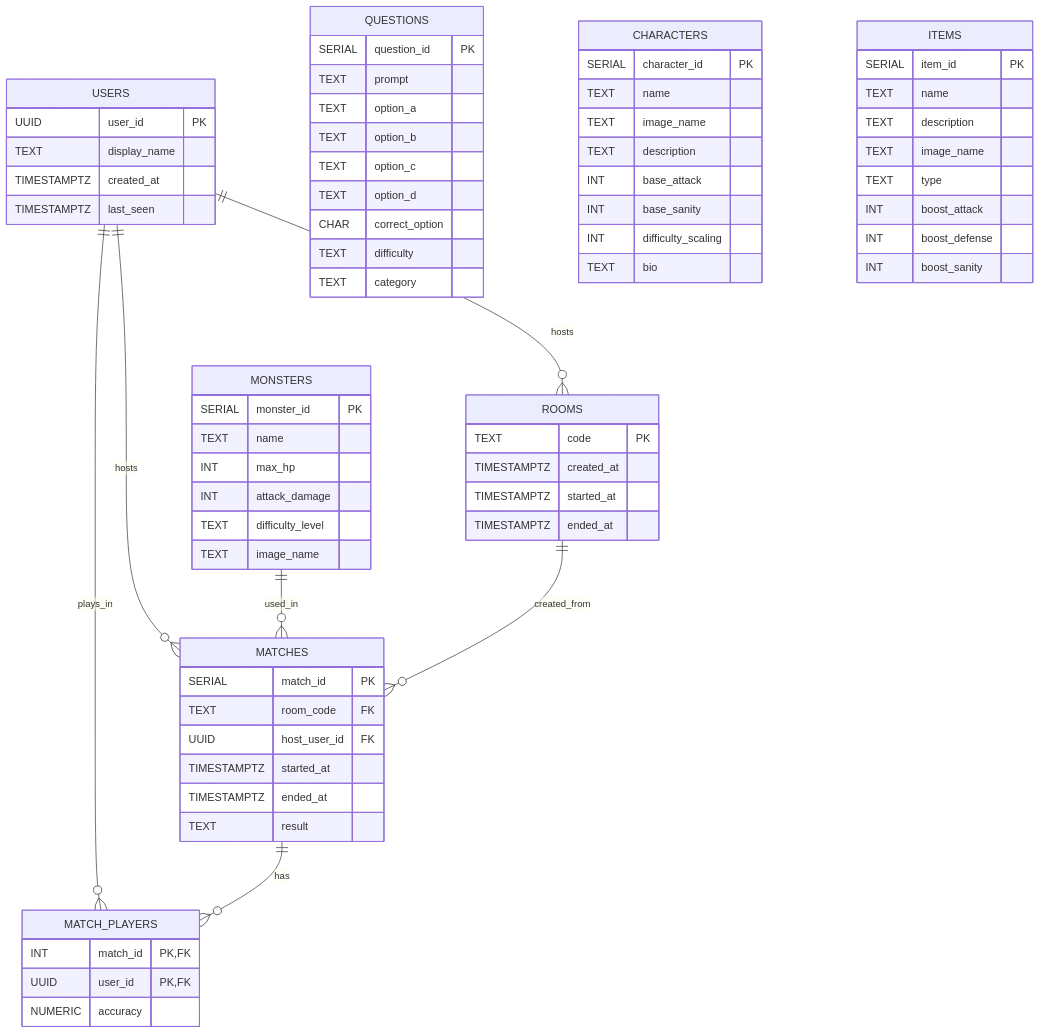
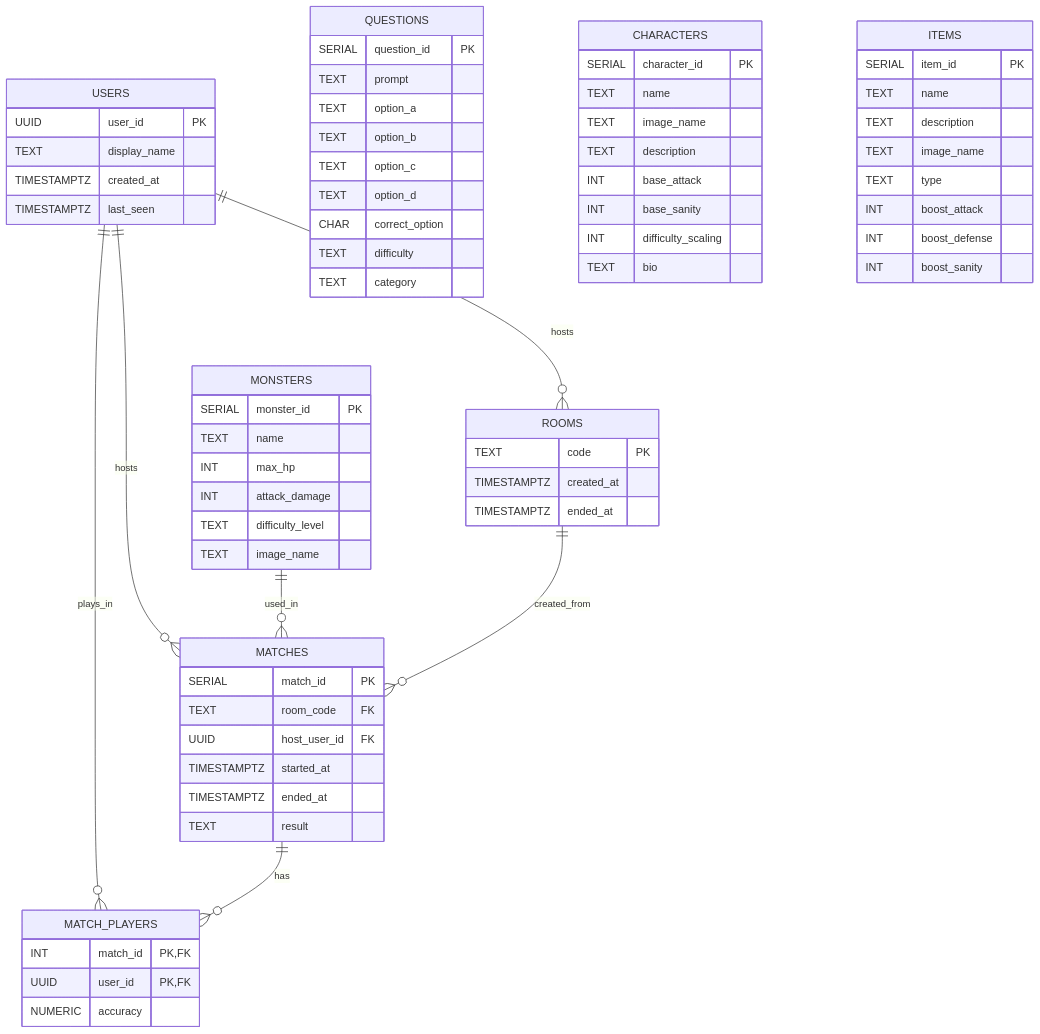
The diagram in docs/planning/backend-draft.md (vertigo1919/eldritch-backend), drawn with Mermaid before and after one commit.

````diff
--- a/docs/planning/backend-draft.md
+++ b/docs/planning/backend-draft.md
@@ -5,82 +5,81 @@
 ```mermaid
 erDiagram
   USERS {
     UUID user_id PK
     TEXT display_name
     TIMESTAMPTZ created_at
     TIMESTAMPTZ last_seen
   }
 
   QUESTIONS {
     SERIAL question_id PK
     TEXT prompt
     TEXT option_a
     TEXT option_b
     TEXT option_c
     TEXT option_d
     CHAR correct_option
     TEXT difficulty
     TEXT category
   }
 
   MONSTERS {
     SERIAL monster_id PK
     TEXT name
     INT max_hp
     INT attack_damage
     TEXT difficulty_level
     TEXT image_name
   }
 
   CHARACTERS {
     SERIAL character_id PK
     TEXT name
     TEXT image_name
     TEXT description
     INT base_attack
     INT base_sanity
     INT difficulty_scaling
     TEXT bio
   }
 
   ROOMS {
     TEXT code PK
     TIMESTAMPTZ created_at
-    TIMESTAMPTZ started_at
     TIMESTAMPTZ ended_at
   }
 
   MATCHES {
     SERIAL match_id PK
     TEXT room_code FK
     UUID host_user_id FK
     TIMESTAMPTZ started_at
     TIMESTAMPTZ ended_at
     TEXT result
   }
 
   MATCH_PLAYERS {
     INT match_id PK, FK
     UUID user_id PK, FK
     NUMERIC accuracy
   }
 
 ITEMS {
   SERIAL item_id PK
   TEXT name
   TEXT description
   TEXT image_name
   TEXT type
   INT boost_attack
   INT boost_defense
   INT boost_sanity
 }
 
   %% Relationships
   USERS ||--o{ ROOMS : hosts
   USERS ||--o{ MATCHES : hosts
   USERS ||--o{ MATCH_PLAYERS : plays_in
   MONSTERS ||--o{ MATCHES : used_in
   ROOMS ||--o{ MATCHES : created_from
   MATCHES ||--o{ MATCH_PLAYERS : has
 ```
````
